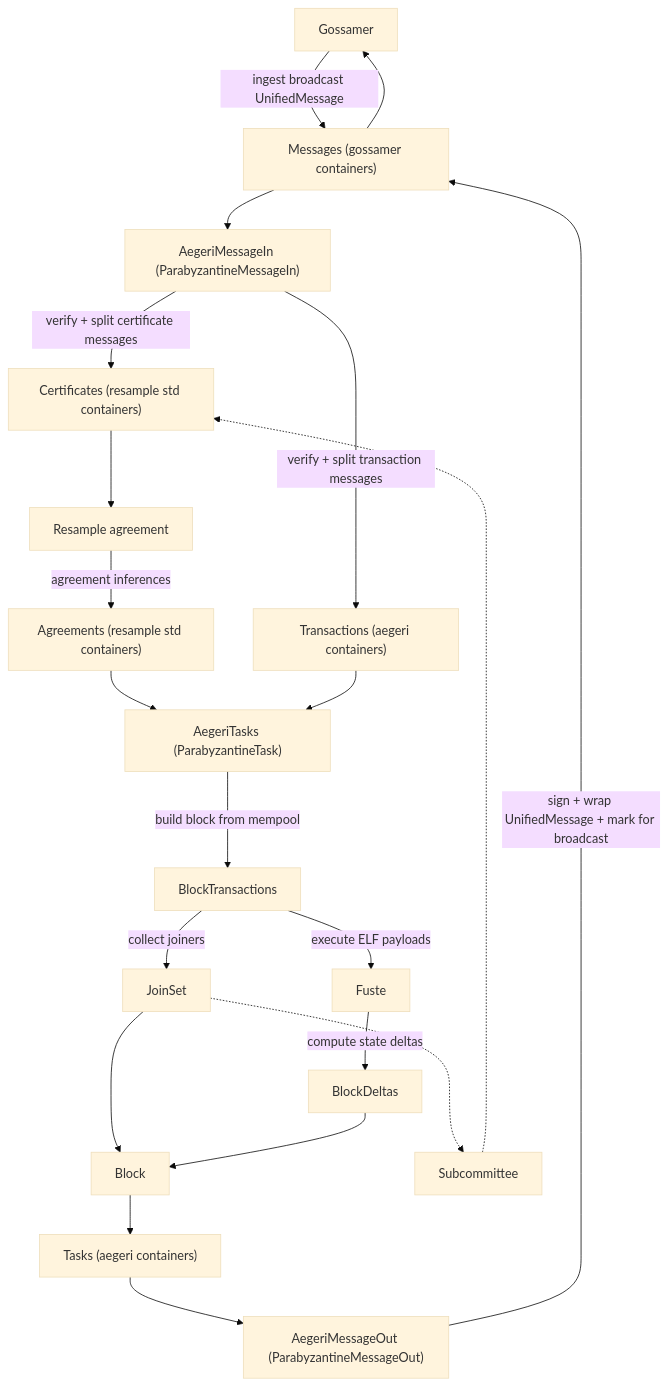
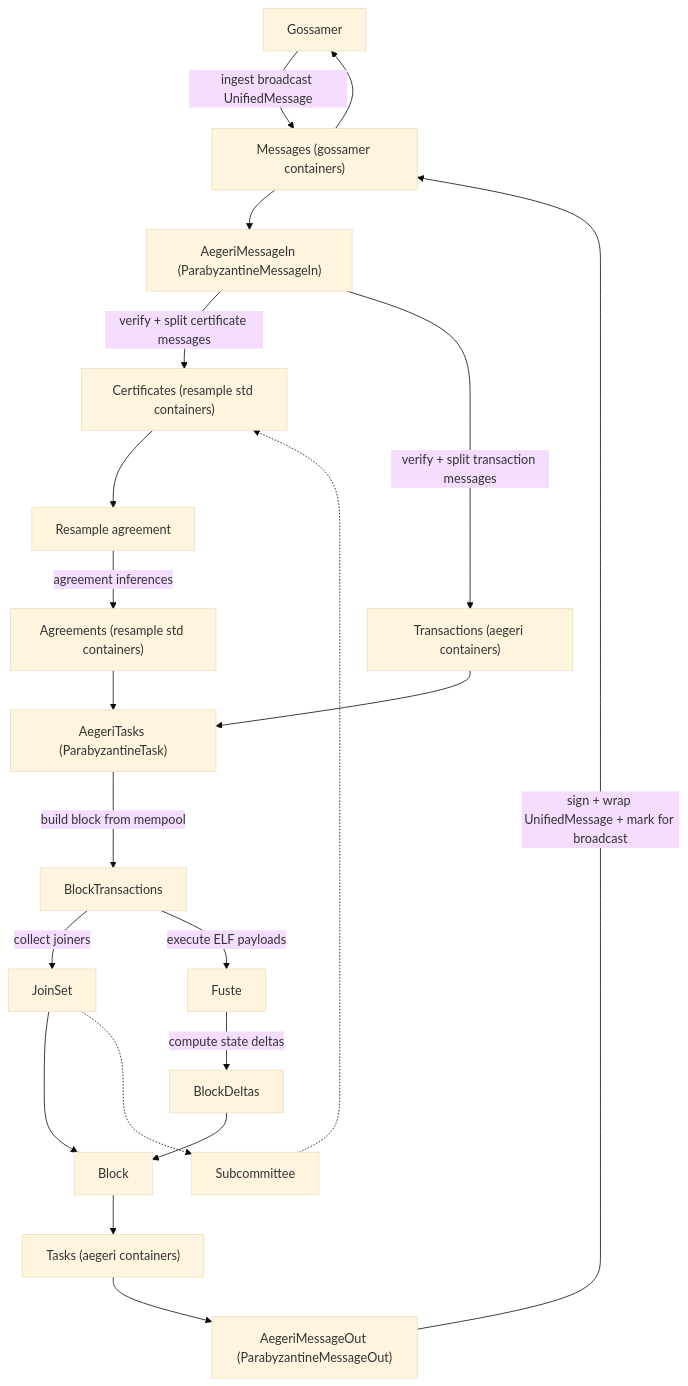
One commit to ramate-io/gwrdfa changed the diagram in aegeri/process/README.md. Above: the diagram before and after it, drawn with Mermaid (base theme). The commit also changed other lines of this file, not shown here.

Commit message:
chore: mermaid layout improvements.

````diff
--- a/aegeri/process/README.md
+++ b/aegeri/process/README.md
@@ -24,30 +24,30 @@
 ```mermaid
 flowchart TB
     Gossamer["Gossamer"] -- "ingest broadcast UnifiedMessage" --> Messages["Messages (gossamer containers)"]
     Messages --> AMI["AegeriMessageIn (ParabyzantineMessageIn)"]
 
     AMI -- "verify + split certificate messages" --> Certificates["Certificates (resample std containers)"]
     AMI -- "verify + split transaction messages" --> Transactions["Transactions (aegeri containers)"]
 
     Certificates --> Resample["Resample agreement"]
+    Sub["Subcommittee"]-..->Certificates
     Resample -- "agreement inferences" --> Agreements["Agreements (resample std containers)"]
 
     Agreements --> AT["AegeriTasks (ParabyzantineTask)"]
     Transactions --> AT
 
     AT -- "build block from mempool" --> BlockTx["BlockTransactions"]
     BlockTx -- "collect joiners" --> JoinSet["JoinSet"]
     BlockTx -- "execute ELF payloads" --> Fuste["Fuste"]
     Fuste -- "compute state deltas" --> BlockDeltas["BlockDeltas"]
 
     JoinSet --> Block
     BlockDeltas --> Block["Block"]
 
     Block --> Tasks["Tasks (aegeri containers)"]
     Tasks --> AMO["AegeriMessageOut (ParabyzantineMessageOut)"]
     AMO -- "sign + wrap UnifiedMessage + mark for broadcast" --> Messages
     Messages --> Gossamer
 
-    Sub["Subcommittee"]-..->Certificates
     JoinSet-..->Sub
 ```
````
